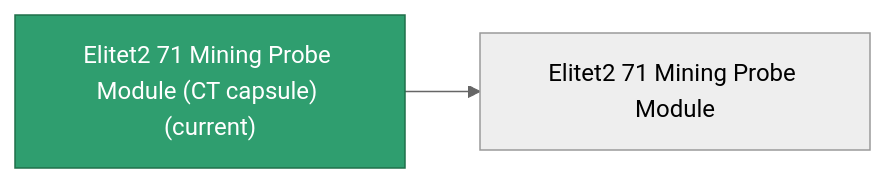
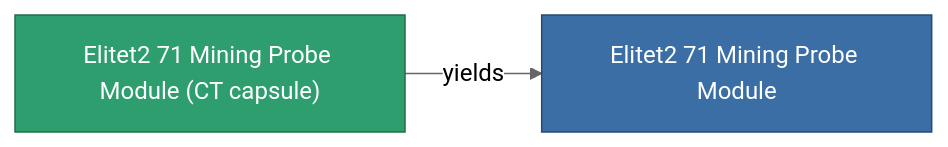
One commit to OpenPerpetuum/Wiki changed the diagram in content/content/items/elitet2_71_mining_probe_module_CT_capsule.md. Above: the diagram before and after it, drawn with Mermaid (neutral theme). The commit also changed other lines of this file and 2015 other files, not shown here.

````diff
--- a/content/content/items/elitet2_71_mining_probe_module_CT_capsule.md
+++ b/content/content/items/elitet2_71_mining_probe_module_CT_capsule.md
@@ -33,8 +33,9 @@
 ```mermaid
 graph LR
-    a["Elitet2 71 Mining Probe Module (CT capsule) (current)"]:::current
-    b["Elitet2 71 Mining Probe Module"]
-    a --> b
-    click b "/content/items/elitet2-71-mining-probe-module/" "Elitet2 71 Mining Probe Module"
+    a["Elitet2 71 Mining Probe Module (CT capsule)"]:::current
+    b["Elitet2 71 Mining Probe Module"]:::finished
+    a -->|yields| b
+                click b "/content/items/elitet2-71-mining-probe-module/" "Elitet2 71 Mining Probe Module"
     classDef current fill:#2f9e6f,stroke:#1f6f4a,color:#ffffff
+    classDef finished fill:#3b6ea5,stroke:#274a75,color:#ffffff
 ```
````
